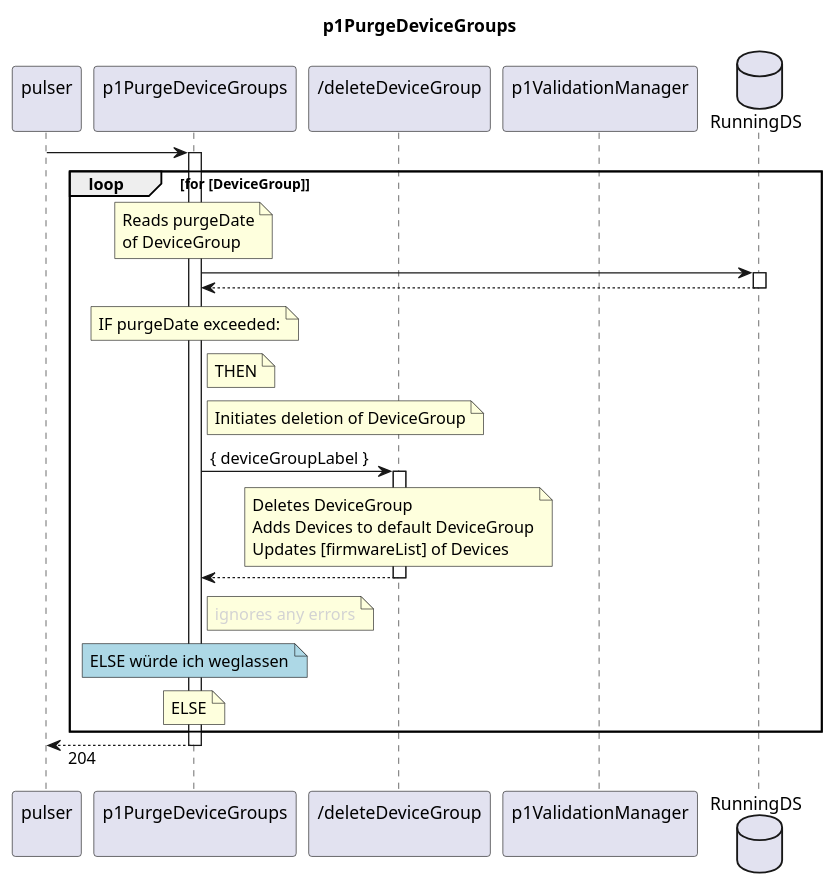
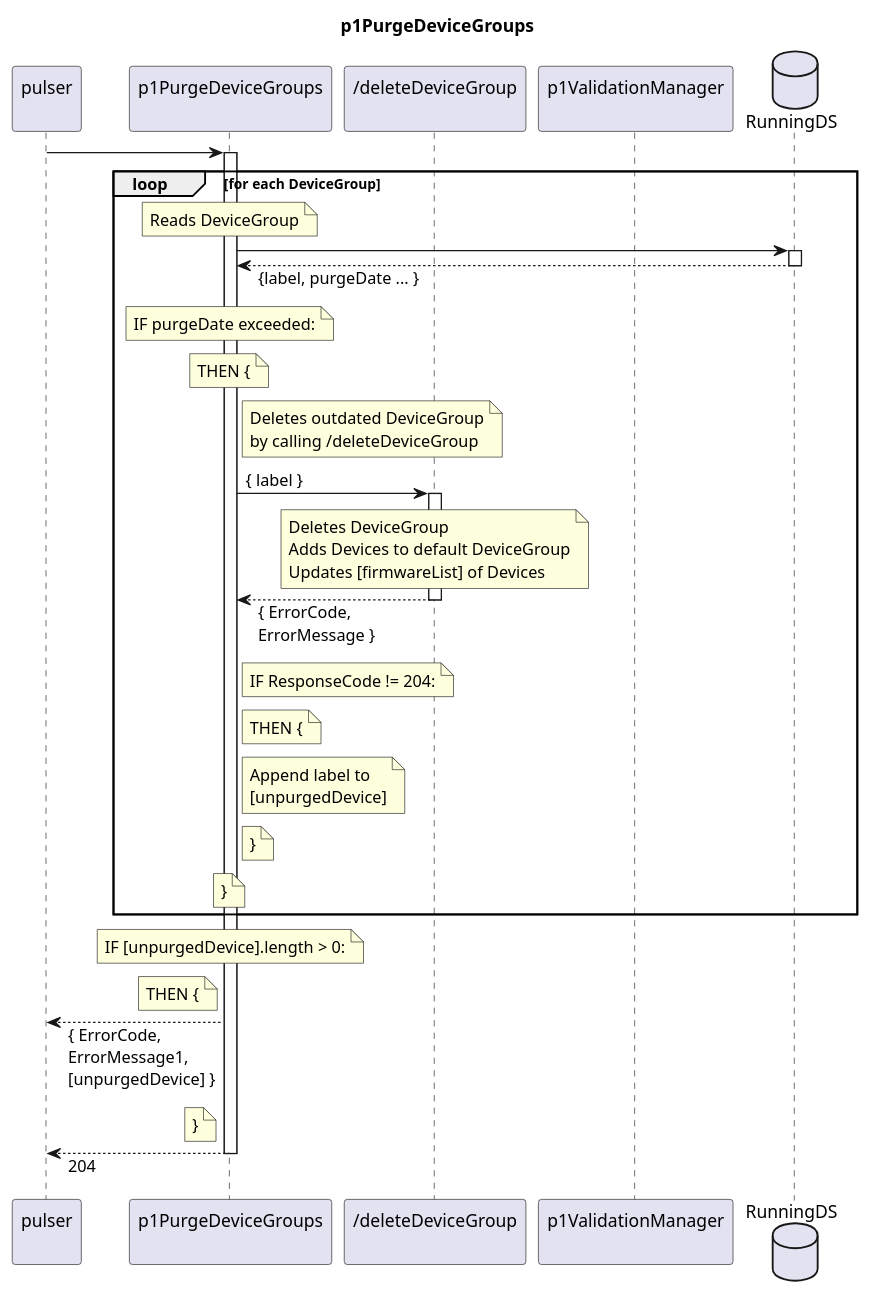
One commit to openBackhaul/FirmWareManager changed the diagram in spec/Functions/Interpretation/p1PurgeDeviceGroups/1.0.0/p1PurgeDeviceGroup.plantuml. Above: the diagram before and after it, drawn with PlantUML. The commit also changed 36 other files, not shown here.

Commit message:
Finalize sequence diagrams of interpretation functions

```diff
--- a/spec/Functions/Interpretation/p1PurgeDeviceGroups/1.0.0/p1PurgeDeviceGroup.plantuml
+++ b/spec/Functions/Interpretation/p1PurgeDeviceGroups/1.0.0/p1PurgeDeviceGroup.plantuml
@@ -1,59 +1,77 @@
 @startuml p1PurgeDeviceGroups
 skinparam responseMessageBelowArrow true
 
 title
   p1PurgeDeviceGroups
 end title
 
-participant "pulser\n" as pulser
-participant "p1PurgeDeviceGroups\n" as cur
+participant "pulser\n" as requestor
+participant "p1PurgeDeviceGroups\n" as indServ
 participant "/deleteDeviceGroup\n" as delGroup
 participant "p1ValidationManager\n" as valiMan
 database "RunningDS" as RunDS
 
-pulser -> cur
-activate cur
+requestor -> indServ
+activate indServ
 
-  loop for [DeviceGroup]
-    note over cur
-      Reads purgeDate
-      of DeviceGroup
+  loop for each DeviceGroup
+    note over indServ
+      Reads DeviceGroup
     end note
-    cur -> RunDS
+    indServ -> RunDS
     activate RunDS
-    cur <-- RunDS
+    indServ <-- RunDS: {label, purgeDate ... }
     deactivate RunDS
-    note over cur
+    note over indServ
       IF purgeDate exceeded:
     end note
-    note right cur
-      THEN
+    note over indServ
+      THEN {
     end note
-    note right cur
-      Initiates deletion of DeviceGroup
-    end note
-    cur -> delGroup : { deviceGroupLabel }
+  note right indServ
+    Deletes outdated DeviceGroup
+    by calling /deleteDeviceGroup
+  end note
+    indServ -> delGroup: { label }
     activate delGroup
       note over delGroup
         Deletes DeviceGroup
         Adds Devices to default DeviceGroup
         Updates [firmwareList] of Devices
       end note
-    cur <-- delGroup
+    indServ <-- delGroup: { ErrorCode,\nErrorMessage }
     deactivate delGroup
-    note right cur
-      <color:LightGray>ignores any errors</color>
+
+    note right indServ
+      IF ResponseCode != 204:
     end note
-
-    note over cur #lightBlue
-      ELSE würde ich weglassen
+    note right indServ
+      THEN {
     end note
-    note over cur
-      ELSE
+    note right indServ
+      Append label to
+      [unpurgedDevice]
+    end note
+    note right indServ
+      }
+    end note
+    note over indServ
+      }
     end note
   end loop
 
-pulser <-- cur: 204
-deactivate cur
+  note over indServ
+    IF [unpurgedDevice].length > 0:
+  end note
+  note left indServ
+    THEN {
+  end note
+  requestor <-- indServ: { ErrorCode,\nErrorMessage1,\n[unpurgedDevice] }
+  note left indServ
+    }
+  end note
+
+requestor <-- indServ: 204
+deactivate indServ
 
 @enduml
```
